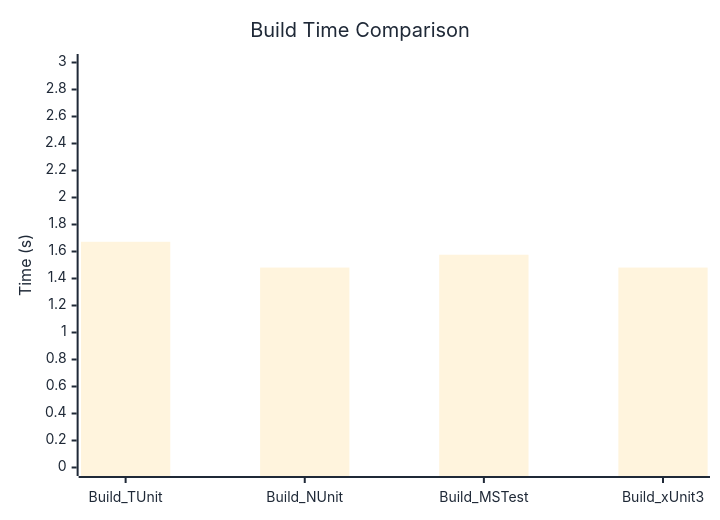
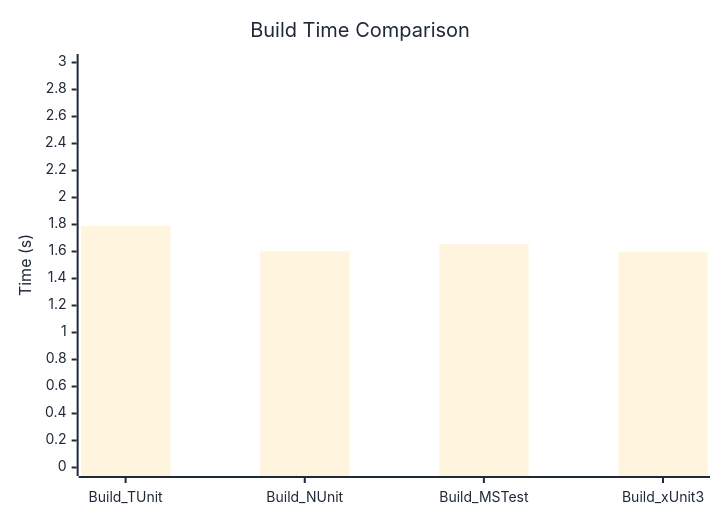
Before and after one commit to thomhurst/TUnit: the diagram in docs/docs/benchmarks/BuildTime.md, drawn with Mermaid. The commit also changed other lines of this file and 17 other files, not shown here.

````diff
--- a/docs/docs/benchmarks/BuildTime.md
+++ b/docs/docs/benchmarks/BuildTime.md
@@ -28,37 +28,37 @@
 ```mermaid
 %%{init: {
   'theme':'base',
   'themeVariables': {
     'primaryColor': '#2563eb',
     'primaryTextColor': '#1f2937',
     'primaryBorderColor': '#1e40af',
     'lineColor': '#6b7280',
     'secondaryColor': '#7c3aed',
     'tertiaryColor': '#dc2626',
     'background': '#ffffff',
     'mainBkg': '#2563eb',
     'secondBkg': '#7c3aed',
     'tertiaryBkg': '#dc2626',
     'clusterBkg': '#f3f4f6',
     'edgeLabelBackground': '#ffffff',
     'tertiaryTextColor': '#1f2937',
     'pie1': '#2563eb',
     'pie2': '#7c3aed',
     'pie3': '#dc2626',
     'pie4': '#f59e0b',
     'pie5': '#10b981',
     'pie6': '#06b6d4',
     'pie7': '#ec4899',
     'pie8': '#6366f1',
     'pie9': '#84cc16',
     'pie10': '#f97316',
     'pie11': '#14b8a6',
     'pie12': '#a855f7'
   }
 }}%%
 xychart-beta
   title "Build Time Comparison"
   x-axis ["Build_TUnit", "Build_NUnit", "Build_MSTest", "Build_xUnit3"]
   y-axis "Time (s)" 0 --> 3
-  bar [1.672, 1.481, 1.576, 1.481]
+  bar [1.789, 1.601, 1.655, 1.598]
 ```
````
